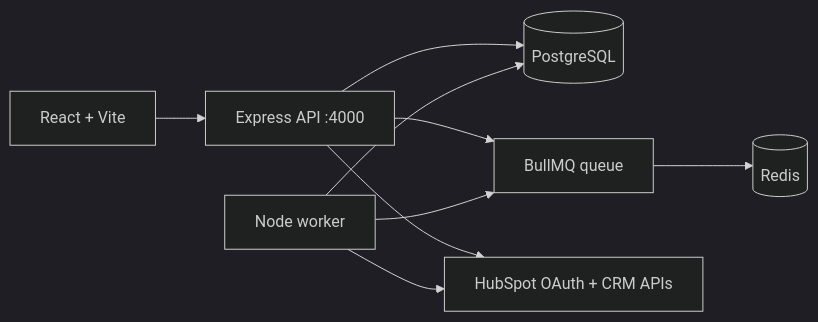
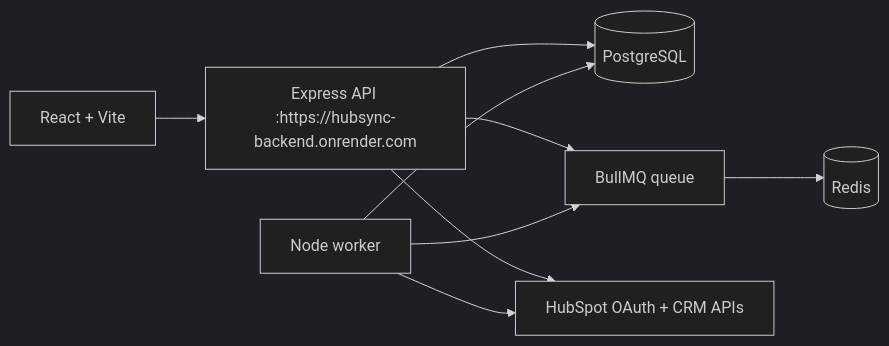
The first of 2 diagrams in ARCHITECTURE.md (ANDEV-afk/hubsync), drawn with Mermaid (dark theme) before and after one commit. The commit also changed other lines of this file and 6 other files, not shown here.

````diff
--- a/ARCHITECTURE.md
+++ b/ARCHITECTURE.md
@@ -9,19 +9,19 @@
 ```mermaid
 flowchart LR
     Browser[React + Vite]
-    API[Express API :4000]
+    API[Express API :https://hubsync-backend.onrender.com]
     DB[(PostgreSQL)]
     Redis[(Redis)]
     Queue[BullMQ queue]
     Worker[Node worker]
     HubSpot[HubSpot OAuth + CRM APIs]
 
     Browser --> API
     API --> DB
     API --> Queue
     Queue --> Redis
     Worker --> Queue
     Worker --> DB
     API --> HubSpot
     Worker --> HubSpot
 ```
````
